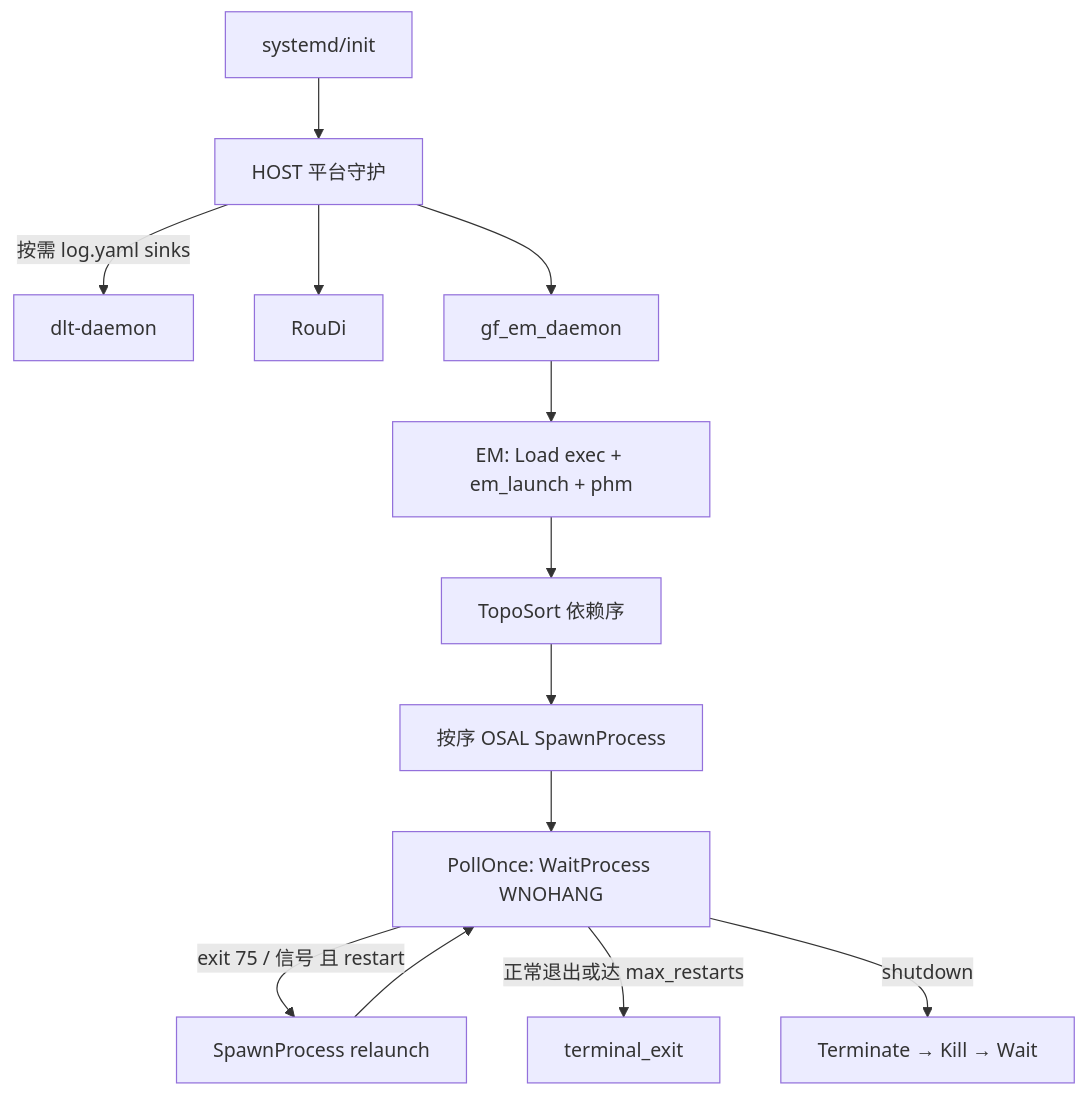
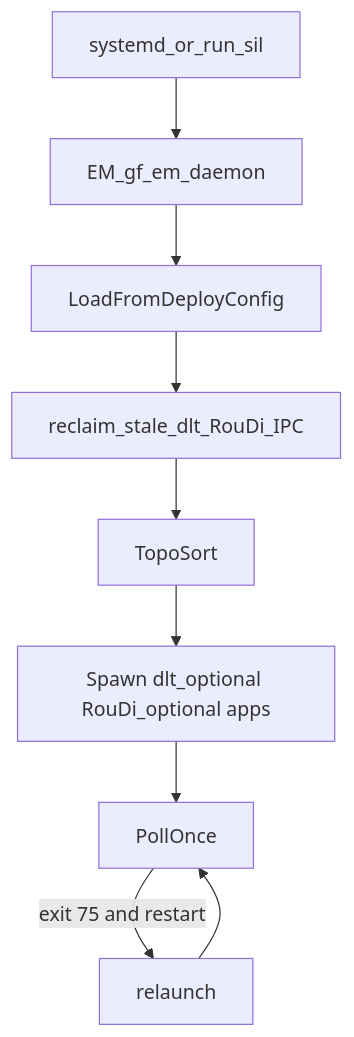
One commit to xinyu2004/AI_Giraffe-Flow changed the diagram in middleware/exec/README.md. Above: the diagram before and after it, drawn with Mermaid. The commit also changed other lines of this file and 97 other files, not shown here.

````diff
--- a/middleware/exec/README.md
+++ b/middleware/exec/README.md
@@ -20,15 +20,11 @@
 ```mermaid
 flowchart TD
-  I[systemd/init] --> H[HOST 平台守护]
-  H -->|按需 log.yaml sinks| D[dlt-daemon]
-  H --> A[RouDi]
-  H --> B[gf_em_daemon]
-  B --> C[EM: Load exec + em_launch + phm]
-  C --> E[TopoSort 依赖序]
-  E --> F[按序 OSAL SpawnProcess]
-  F --> G[PollOnce: WaitProcess WNOHANG]
-  G -->|exit 75 / 信号 且 restart| R[SpawnProcess relaunch]
+  I[systemd_or_run_sil] --> B[EM_gf_em_daemon]
+  B --> C[LoadFromDeployConfig]
+  C --> R0[reclaim_stale_dlt_RouDi_IPC]
+  R0 --> E[TopoSort]
+  E --> F[Spawn dlt_optional RouDi_optional apps]
+  F --> G[PollOnce]
+  G -->|exit 75 and restart| R[relaunch]
   R --> G
-  G -->|正常退出或达 max_restarts| T[terminal_exit]
-  G -->|shutdown| K[Terminate → Kill → Wait]
 ```
````
